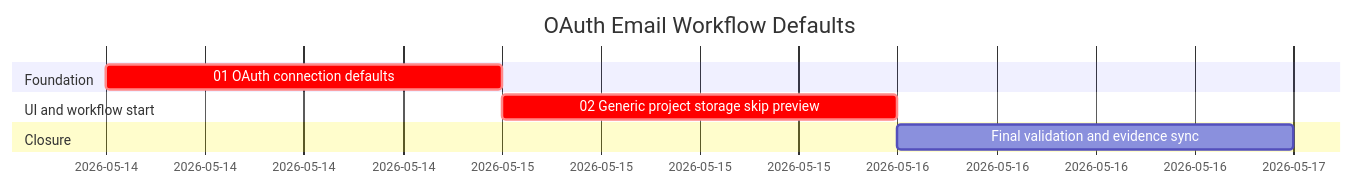
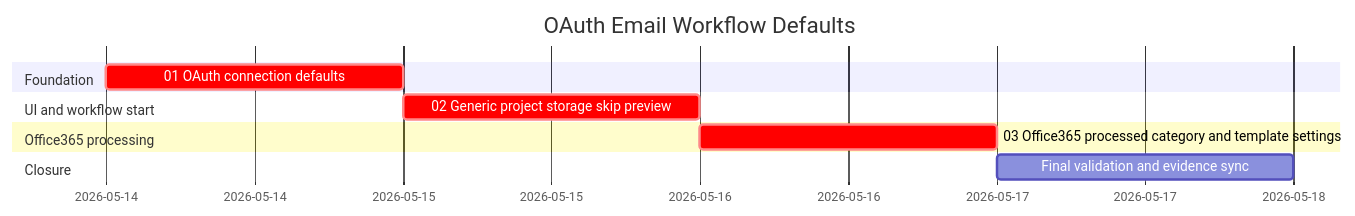
The diagram in codex/bundles/oauth-email-workflow-defaults/plan/01-phase-plan.md (fyziktom/CanDoItAll), drawn with Mermaid before and after one commit. The commit also changed other lines of this file and 28 other files, not shown here.

````diff
--- a/codex/bundles/oauth-email-workflow-defaults/plan/01-phase-plan.md
+++ b/codex/bundles/oauth-email-workflow-defaults/plan/01-phase-plan.md
@@ -13,11 +14,13 @@
 ```mermaid
 gantt
 title OAuth Email Workflow Defaults
 dateFormat  YYYY-MM-DD
 section Foundation
 01 OAuth connection defaults :crit, s1, 2026-05-14, 1d
 section UI and workflow start
 02 Generic project storage skip preview :crit, s2, after s1, 1d
+section Office365 processing
+03 Office365 processed category and template settings :crit, s3, after s2, 1d
 section Closure
-Final validation and evidence sync :s3, after s2, 1d
+Final validation and evidence sync :s4, after s3, 1d
 ```
````
